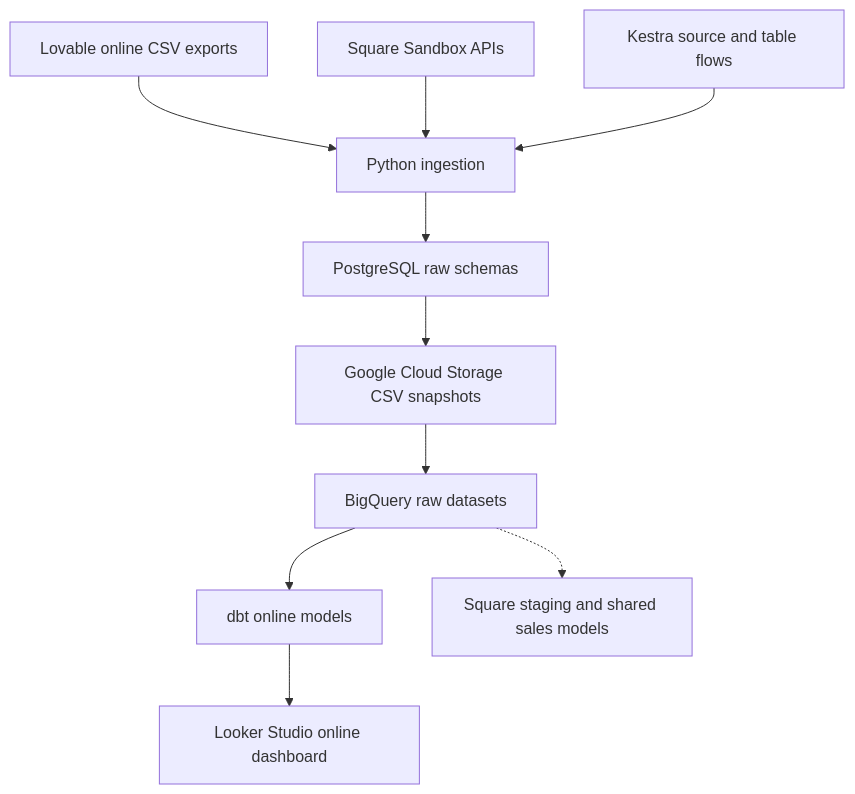
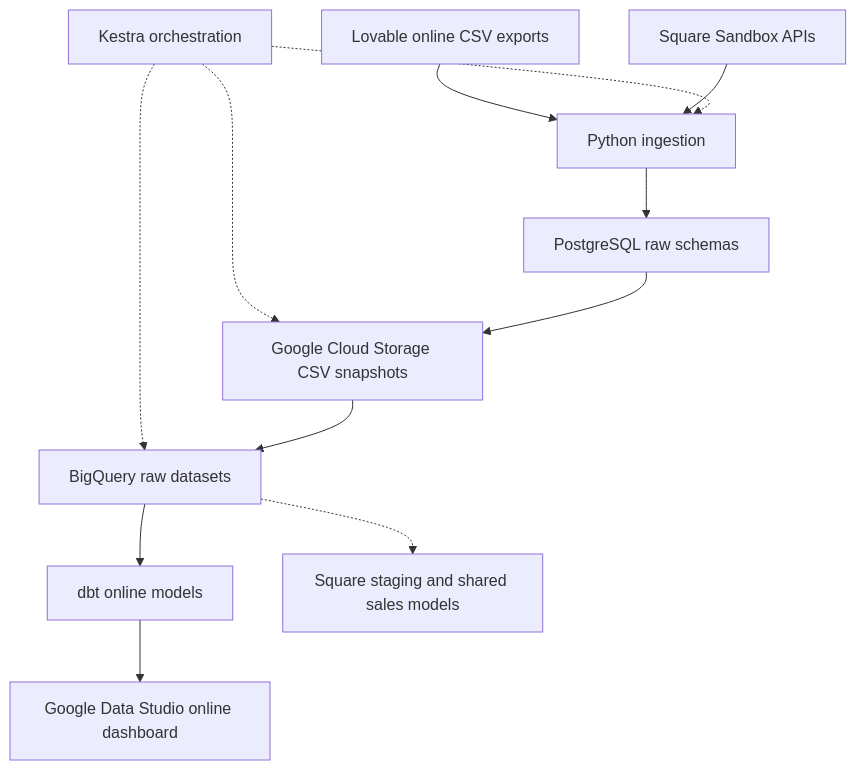
Before and after one commit to smmhk/chocolate-commerce-data-platform: the diagram in README.md, drawn with Mermaid. The commit also changed other lines of this file, not shown here.

````diff
--- a/README.md
+++ b/README.md
@@ -16,12 +21,14 @@
 ```mermaid
 flowchart TD
     A["Lovable online CSV exports"] --> C["Python ingestion"]
     B["Square Sandbox APIs"] --> C
-    K["Kestra source and table flows"] --> C
+    K["Kestra orchestration"] -.-> C
+    K -.-> E
+    K -.-> F
     C --> D["PostgreSQL raw schemas"]
     D --> E["Google Cloud Storage CSV snapshots"]
     E --> F["BigQuery raw datasets"]
     F --> G["dbt online models"]
-    G --> H["Looker Studio online dashboard"]
+    G --> H["Google Data Studio online dashboard"]
     F -.-> I["Square staging and shared sales models"]
 ```
````
